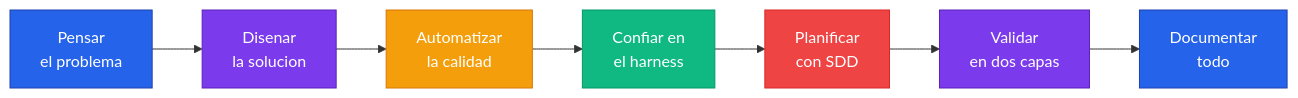
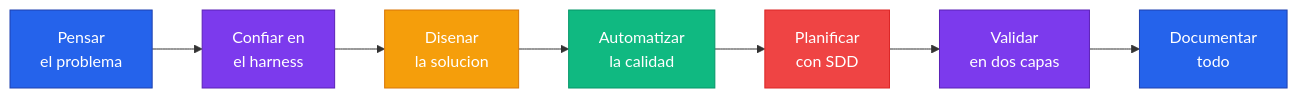
One commit to Flock-engineering/flock-tech-guides changed the diagram in docs/ia/handbook/manifiesto.md. Above: the diagram before and after it, drawn with Mermaid. The commit also changed other lines of this file, not shown here.

Commit message:
fix(handbook): reordenar enunciados del manifiesto — harness pasa a #2
Mueve "Confia en tu harness" de posición 4 a 2, desplazando
"El humano diseña" y "La calidad no se negocia" a 3 y 4.
Actualiza diagrama Mermaid para reflejar el nuevo orden.

````diff
--- a/docs/ia/handbook/manifiesto.md
+++ b/docs/ia/handbook/manifiesto.md
@@ -9,17 +9,17 @@
 ```mermaid
 flowchart LR
-    A["Pensar\nel problema"] --> B["Disenar\nla solucion"]
-    B --> C["Automatizar\nla calidad"]
-    C --> D["Confiar en\nel harness"]
+    A["Pensar\nel problema"] --> B["Confiar en\nel harness"]
+    B --> C["Disenar\nla solucion"]
+    C --> D["Automatizar\nla calidad"]
     D --> E["Planificar\ncon SDD"]
     E --> F["Validar\nen dos capas"]
     F --> G["Documentar\ntodo"]
 
     style A fill:#2563eb,stroke:#1e40af,color:#fff
     style B fill:#7c3aed,stroke:#5b21b6,color:#fff
     style C fill:#f59e0b,stroke:#d97706,color:#fff
     style D fill:#10b981,stroke:#059669,color:#fff
     style E fill:#ef4444,stroke:#dc2626,color:#fff
     style F fill:#7c3aed,stroke:#5b21b6,color:#fff
     style G fill:#2563eb,stroke:#1e40af,color:#fff
 ```
````
